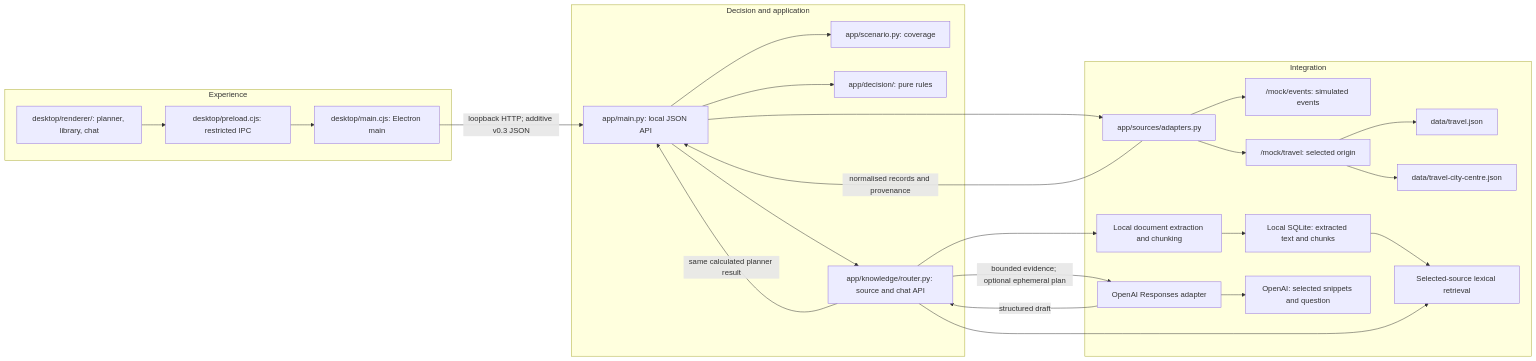
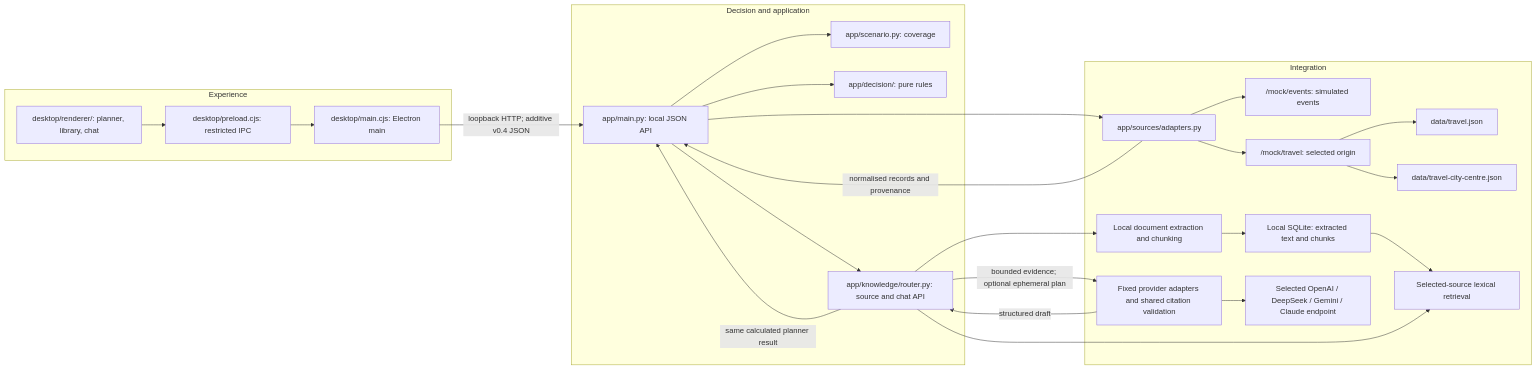
The diagram in docs/ARCHITECTURE.md (wahab-linux/my-jinni), drawn with Mermaid before and after one commit. The commit also changed other lines of this file and 35 other files, not shown here.

Commit message:
Add isolated AI provider selection with DeepSeek, Gemini and Claude

````diff
--- a/docs/ARCHITECTURE.md
+++ b/docs/ARCHITECTURE.md
@@ -5,46 +5,46 @@
 ```mermaid
 flowchart LR
     subgraph Experience
         Renderer["desktop/renderer/: planner, library, chat"]
         Bridge["desktop/preload.cjs: restricted IPC"]
         Main["desktop/main.cjs: Electron main"]
         Renderer --> Bridge
         Bridge --> Main
     end
     subgraph DecisionApplication[Decision and application]
         API["app/main.py: local JSON API"]
         Scenario["app/scenario.py: coverage"]
         Engine["app/decision/: pure rules"]
         Knowledge["app/knowledge/router.py: source and chat API"]
         API --> Scenario
         API --> Engine
         API --> Knowledge
     end
     subgraph Integration
         Adapters["app/sources/adapters.py"]
         Events["/mock/events: simulated events"]
         Travel["/mock/travel: selected origin"]
         Campus["data/travel.json"]
         City["data/travel-city-centre.json"]
         Ingestion["Local document extraction and chunking"]
         Store["Local SQLite: extracted text and chunks"]
         Retrieval["Selected-source lexical retrieval"]
-        AI["OpenAI Responses adapter"]
-        OpenAI["OpenAI: selected snippets and question"]
+        AI["Fixed provider adapters and shared citation validation"]
+        Providers["Selected OpenAI / DeepSeek / Gemini / Claude endpoint"]
         Adapters --> Events
         Adapters --> Travel
         Travel --> Campus
         Travel --> City
         Ingestion --> Store
         Store --> Retrieval
-        AI --> OpenAI
+        AI --> Providers
     end
-    Main -->|"loopback HTTP; additive v0.3 JSON"| API
+    Main -->|"loopback HTTP; additive v0.4 JSON"| API
     API --> Adapters
     Adapters -->|"normalised records and provenance"| API
     Knowledge --> Ingestion
     Knowledge --> Retrieval
     Knowledge -->|"same calculated planner result"| API
     Knowledge -->|"bounded evidence; optional ephemeral plan"| AI
     AI -->|"structured draft"| Knowledge
 ```
````
